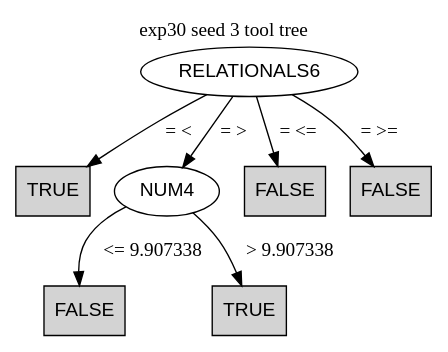
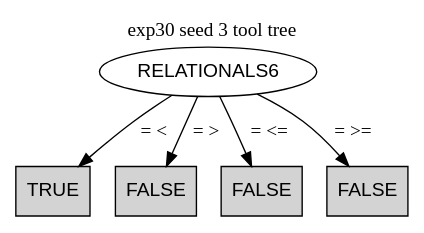
Before and after one commit to rdinizcal/Diagnosis-replication-package: the diagram in derived_results/tool_trees/exp30/seed3/tool_tree.dot, drawn with Graphviz. The commit also changed 666 other files, not shown here.

```diff
--- a/derived_results/tool_trees/exp30/seed3/tool_tree.dot
+++ b/derived_results/tool_trees/exp30/seed3/tool_tree.dot
@@ -1,18 +1,14 @@
 digraph J48Tree {
 rankdir=TB;
 node [fontname=Helvetica];
 label="exp30 seed 3 tool tree"; labelloc=t;
 N0 [label="RELATIONALS6",shape=ellipse];
 N1 [label="TRUE",shape=box,style=filled,fillcolor=lightgray];
-N2 [label="NUM4",shape=ellipse];
+N2 [label="FALSE",shape=box,style=filled,fillcolor=lightgray];
 N3 [label="FALSE",shape=box,style=filled,fillcolor=lightgray];
-N4 [label="TRUE",shape=box,style=filled,fillcolor=lightgray];
-N5 [label="FALSE",shape=box,style=filled,fillcolor=lightgray];
-N6 [label="FALSE",shape=box,style=filled,fillcolor=lightgray];
+N4 [label="FALSE",shape=box,style=filled,fillcolor=lightgray];
 N0 -> N1 [label="= <"];
 N0 -> N2 [label="= >"];
-N2 -> N3 [label="<= 9.907338"];
-N2 -> N4 [label="> 9.907338"];
-N0 -> N5 [label="= <="];
-N0 -> N6 [label="= >="];
+N0 -> N3 [label="= <="];
+N0 -> N4 [label="= >="];
 }
```
